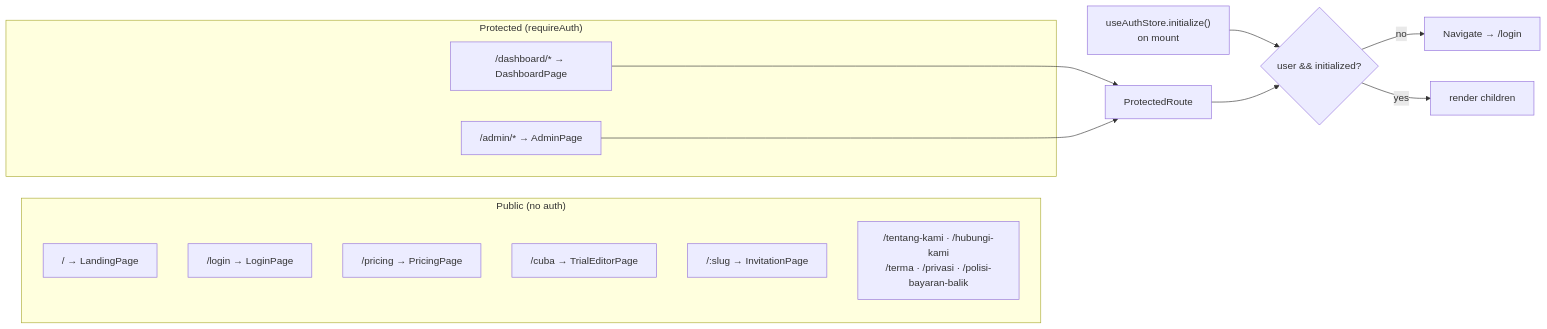
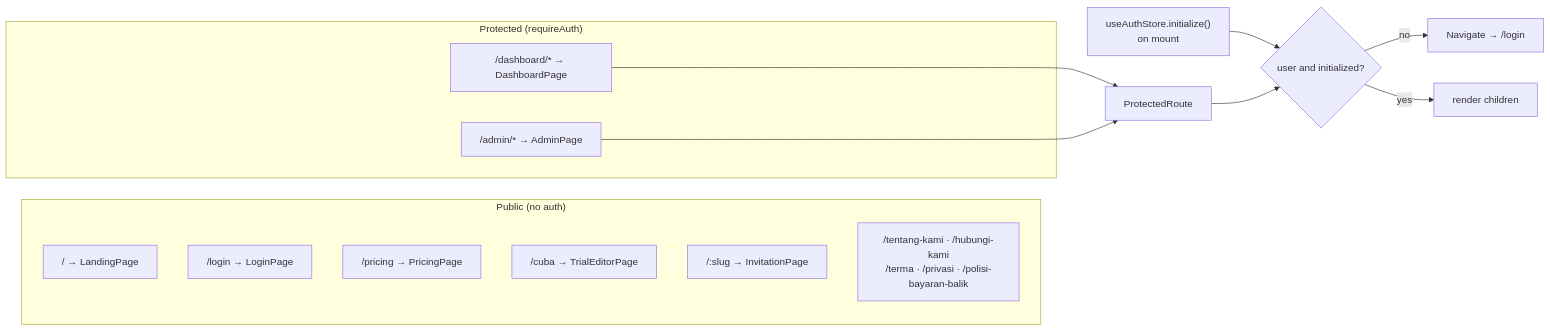
Before and after one commit to hazrid93/hazrid93: the third of 10 diagrams in docs/neyobytes-jemput.md, drawn with Mermaid. The commit also changed other lines of this file, not shown here.

Commit message:
fix: quote mermaid labels, fix & in edges/nodes for GitHub rendering

````diff
--- a/docs/neyobytes-jemput.md
+++ b/docs/neyobytes-jemput.md
@@ -113,24 +113,24 @@
 ```mermaid
 flowchart LR
   subgraph Public["Public (no auth)"]
     R1["/  → LandingPage"]
     R2["/login → LoginPage"]
     R3["/pricing → PricingPage"]
     R4["/cuba → TrialEditorPage"]
     R5["/:slug → InvitationPage"]
     R6["/tentang-kami · /hubungi-kami<br/>/terma · /privasi · /polisi-bayaran-balik"]
   end
 
   subgraph Protected["Protected (requireAuth)"]
     R7["/dashboard/* → DashboardPage"]
     R8["/admin/* → AdminPage"]
   end
 
-  AUTHINIT["useAuthStore.initialize()<br/>on mount"] --> CHECK{"user && initialized?"}
+  AUTHINIT["useAuthStore.initialize()<br/>on mount"] --> CHECK{"user and initialized?"}
   CHECK -- no --> LOGIN["Navigate → /login"]
   CHECK -- yes --> RENDER["render children"]
 
   R7 --> PROTECTEDGUARD[ProtectedRoute]
   R8 --> PROTECTEDGUARD
   PROTECTEDGUARD --> CHECK
 ```
````
